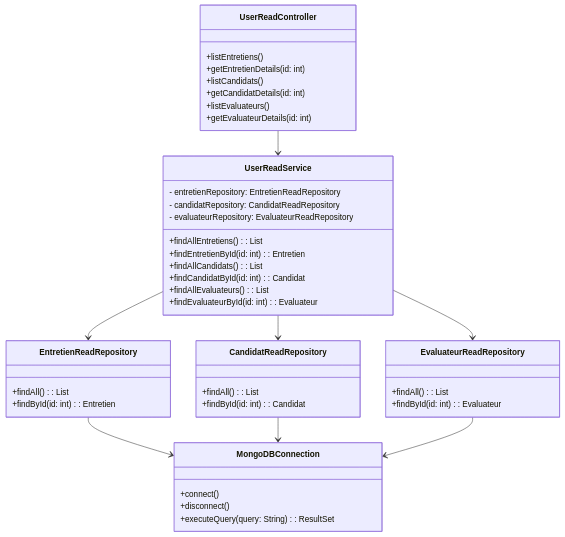
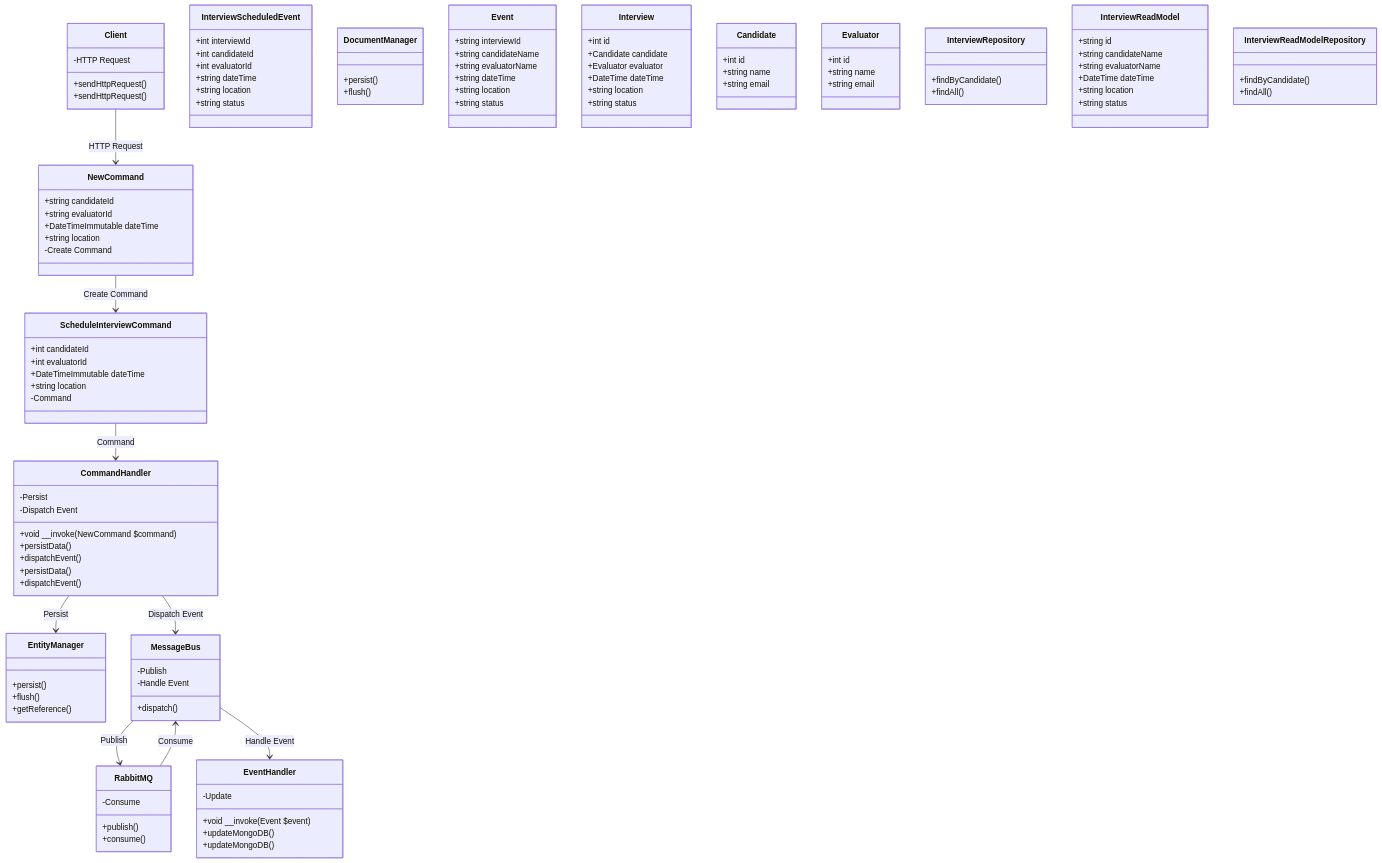
The diagram in Conception/classDiagram(ReadSide).mermaid (abdosql/InterviewManagerSQLI), drawn with Mermaid before and after one commit. The commit also changed 4 other files, not shown here.

Commit message:
Updating class diagram and removing unnecessary files

```diff
--- a/Conception/classDiagram(ReadSide).mermaid
+++ b/Conception/classDiagram(ReadSide).mermaid
@@ -1,51 +1,130 @@
 classDiagram
-    class UserReadController {
-        +listEntretiens()
-        +getEntretienDetails(id: int)
-        +listCandidats()
-        +getCandidatDetails(id: int)
-        +listEvaluateurs()
-        +getEvaluateurDetails(id: int)
+    class Client {
+        +sendHttpRequest()
     }
 
-    class UserReadService {
-        - entretienRepository: EntretienReadRepository
-        - candidatRepository: CandidatReadRepository
-        - evaluateurRepository: EvaluateurReadRepository
-
-        +findAllEntretiens(): List<Entretien>
-        +findEntretienById(id: int): Entretien
-        +findAllCandidats(): List<Candidat>
-        +findCandidatById(id: int): Candidat
-        +findAllEvaluateurs(): List<Evaluateur>
-        +findEvaluateurById(id: int): Evaluateur
+    class NewCommand {
+        +string candidateId
+        +string evaluatorId
+        +DateTimeImmutable dateTime
+        +string location
     }
 
-    class EntretienReadRepository {
-        +findAll(): List<Entretien>
-        +findById(id: int): Entretien
+    class ScheduleInterviewCommand {
+        +int candidateId
+        +int evaluatorId
+        +DateTimeImmutable dateTime
+        +string location
     }
 
-    class CandidatReadRepository {
-        +findAll(): List<Candidat>
-        +findById(id: int): Candidat
+    class CommandHandler {
+        +void __invoke(NewCommand $command)
+        +persistData()
+        +dispatchEvent()
     }
 
-    class EvaluateurReadRepository {
-        +findAll(): List<Evaluateur>
-        +findById(id: int): Evaluateur
+    class InterviewScheduledEvent {
+        +int interviewId
+        +int candidateId
+        +int evaluatorId
+        +string dateTime
+        +string location
+        +string status
     }
 
-    class MongoDBConnection {
-        +connect()
-        +disconnect()
-        +executeQuery(query: String): ResultSet
+    class EventHandler {
+        +void __invoke(Event $event)
+        +updateMongoDB()
     }
 
-    UserReadController --> UserReadService
-    UserReadService --> EntretienReadRepository
-    UserReadService --> CandidatReadRepository
-    UserReadService --> EvaluateurReadRepository
-    EntretienReadRepository --> MongoDBConnection
-    CandidatReadRepository --> MongoDBConnection
-    EvaluateurReadRepository --> MongoDBConnection
+    class EntityManager {
+        +persist()
+        +flush()
+        +getReference()
+    }
+
+    class DocumentManager {
+        +persist()
+        +flush()
+    }
+
+    class MessageBus {
+        +dispatch()
+    }
+
+    class RabbitMQ {
+        +publish()
+        +consume()
+    }
+
+    Client : +sendHttpRequest()
+    Client --> NewCommand : HTTP Request
+    NewCommand --> ScheduleInterviewCommand : Create Command
+    ScheduleInterviewCommand --> CommandHandler : Command
+    CommandHandler : +persistData()
+    CommandHandler : +dispatchEvent()
+    CommandHandler --> EntityManager : Persist
+    CommandHandler --> MessageBus : Dispatch Event
+    MessageBus --> RabbitMQ : Publish
+    RabbitMQ --> MessageBus : Consume
+    MessageBus --> EventHandler : Handle Event
+    EventHandler : +updateMongoDB()
+
+    class Event {
+        +string interviewId
+        +string candidateName
+        +string evaluatorName
+        +string dateTime
+        +string location
+        +string status
+    }
+
+    class Interview {
+        +int id
+        +Candidate candidate
+        +Evaluator evaluator
+        +DateTime dateTime
+        +string location
+        +string status
+    }
+
+    class Candidate {
+        +int id
+        +string name
+        +string email
+    }
+
+    class Evaluator {
+        +int id
+        +string name
+        +string email
+    }
+
+    class InterviewRepository {
+        +findByCandidate()
+        +findAll()
+    }
+
+    class InterviewReadModel {
+        +string id
+        +string candidateName
+        +string evaluatorName
+        +DateTime dateTime
+        +string location
+        +string status
+    }
+
+    class InterviewReadModelRepository {
+        +findByCandidate()
+        +findAll()
+    }
+
+    Client : -HTTP Request
+    NewCommand : -Create Command
+    ScheduleInterviewCommand : -Command
+    CommandHandler : -Persist
+    CommandHandler : -Dispatch Event
+    MessageBus : -Publish
+    RabbitMQ : -Consume
+    MessageBus : -Handle Event
+    EventHandler : -Update
```
